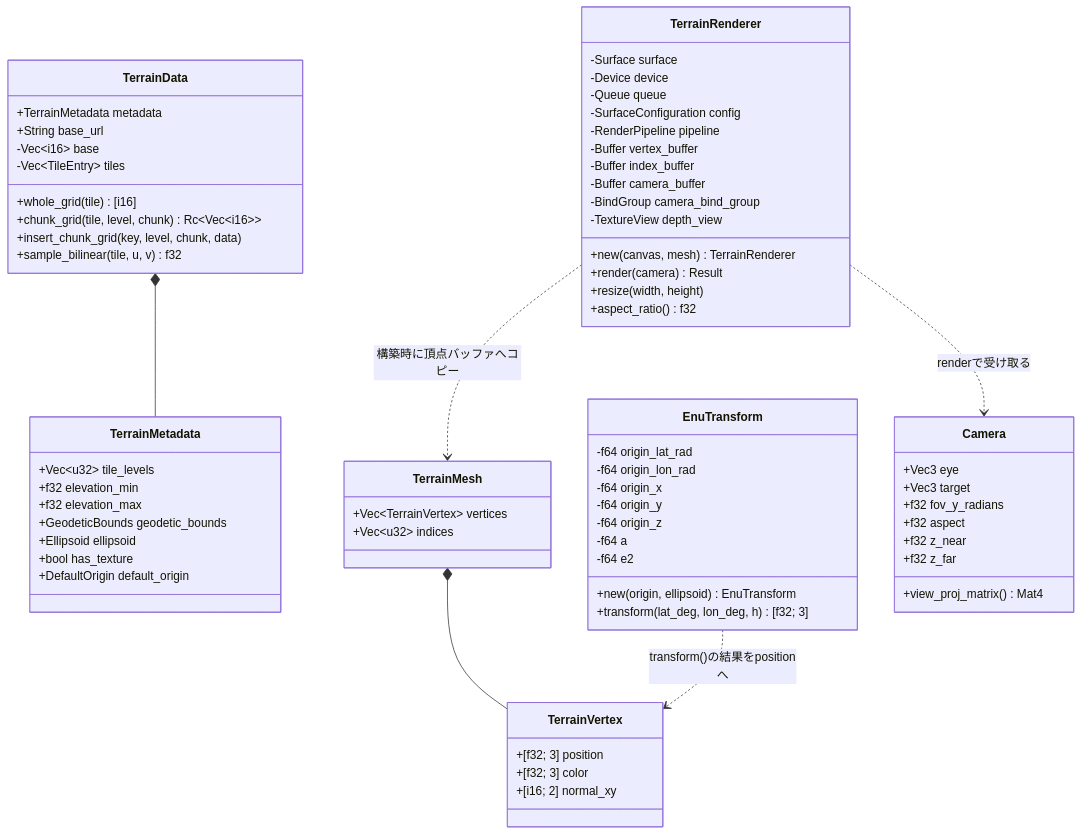
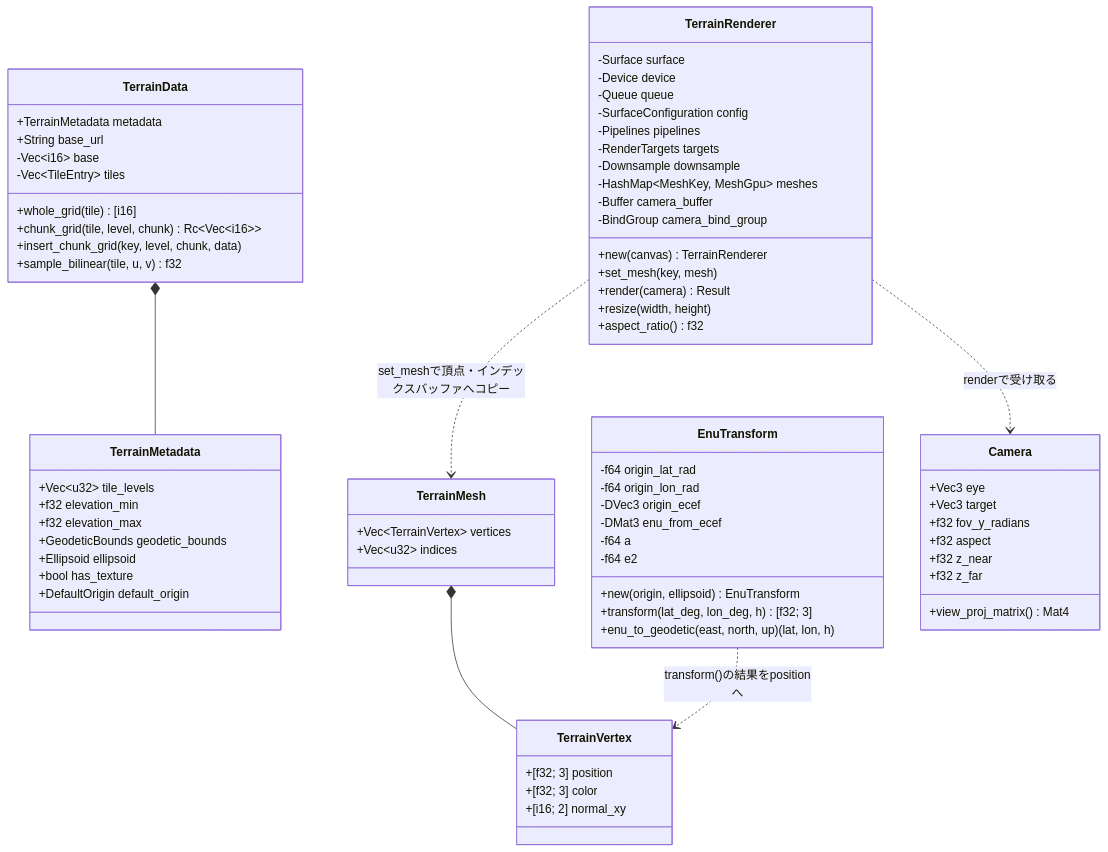
Before and after one commit to ham1a6/SimulationView: diagram 13 of 16 in DETAILED_DESIGN.md, drawn with Mermaid. The commit also changed other lines of this file and 5 other files, not shown here.

````diff
--- a/DETAILED_DESIGN.md
+++ b/DETAILED_DESIGN.md
@@ -879,73 +907,74 @@
 ```mermaid
 classDiagram
     class TerrainMetadata {
         +Vec~u32~ tile_levels
         +f32 elevation_min
         +f32 elevation_max
         +GeodeticBounds geodetic_bounds
         +Ellipsoid ellipsoid
         +bool has_texture
         +DefaultOrigin default_origin
     }
     class TerrainData {
         +TerrainMetadata metadata
         +String base_url
         -Vec~i16~ base
         -Vec~TileEntry~ tiles
         +whole_grid(tile) [i16]
         +chunk_grid(tile, level, chunk) Rc~Vec~i16~~
         +insert_chunk_grid(key, level, chunk, data)
         +sample_bilinear(tile, u, v) f32
     }
     class EnuTransform {
         -f64 origin_lat_rad
         -f64 origin_lon_rad
-        -f64 origin_x
-        -f64 origin_y
-        -f64 origin_z
+        -DVec3 origin_ecef
+        -DMat3 enu_from_ecef
         -f64 a
         -f64 e2
         +new(origin, ellipsoid) EnuTransform
         +transform(lat_deg, lon_deg, h) [f32; 3]
+        +enu_to_geodetic(east, north, up) (lat, lon, h)
     }
     class TerrainVertex {
         +[f32; 3] position
         +[f32; 3] color
         +[i16; 2] normal_xy
     }
     class TerrainMesh {
         +Vec~TerrainVertex~ vertices
         +Vec~u32~ indices
     }
     class Camera {
         +Vec3 eye
         +Vec3 target
         +f32 fov_y_radians
         +f32 aspect
         +f32 z_near
         +f32 z_far
         +view_proj_matrix() Mat4
     }
     class TerrainRenderer {
         -Surface surface
         -Device device
         -Queue queue
         -SurfaceConfiguration config
-        -RenderPipeline pipeline
-        -Buffer vertex_buffer
-        -Buffer index_buffer
+        -Pipelines pipelines
+        -RenderTargets targets
+        -Downsample downsample
+        -HashMap~MeshKey, MeshGpu~ meshes
         -Buffer camera_buffer
         -BindGroup camera_bind_group
-        -TextureView depth_view
-        +new(canvas, mesh) TerrainRenderer
+        +new(canvas) TerrainRenderer
+        +set_mesh(key, mesh)
         +render(camera) Result
         +resize(width, height)
         +aspect_ratio() f32
     }
 
     TerrainData *-- TerrainMetadata
     TerrainMesh *-- TerrainVertex
-    TerrainRenderer ..> TerrainMesh : 構築時に頂点バッファへコピー
+    TerrainRenderer ..> TerrainMesh : set_meshで頂点・インデックスバッファへコピー
     TerrainRenderer ..> Camera : renderで受け取る
     EnuTransform ..> TerrainVertex : transform()の結果をpositionへ
 ```
````
